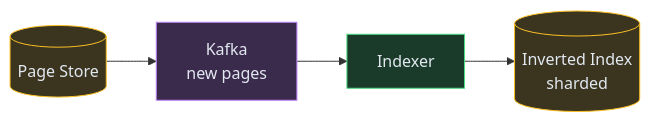
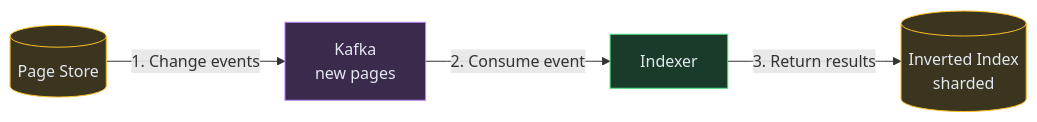
One commit to iluzn/HLD-Designs changed the third of 4 diagrams in content/hld/WebCrawler.md. Above: the diagram before and after it, drawn with Mermaid. The commit also changed other lines of this file and 27 other files, not shown here.

````diff
--- a/content/hld/WebCrawler.md
+++ b/content/hld/WebCrawler.md
@@ -121,15 +121,15 @@
 ```mermaid
 flowchart LR
     STORE[("Page Store")]:::data
     KAFKA["Kafka<br/>new pages"]:::async
     INDEXER["Indexer"]:::service
     INDEX[("Inverted Index<br/>sharded")]:::data
 
-    STORE --> KAFKA
-    KAFKA --> INDEXER
-    INDEXER --> INDEX
+    STORE -->|"1. Change events"| KAFKA
+    KAFKA -->|"2. Consume event"| INDEXER
+    INDEXER -->|"3. Return results"| INDEX
 
     classDef service fill:#1a3a2a,stroke:#4ade80,color:#e2e8f0
     classDef data fill:#3b3520,stroke:#fbbf24,color:#e2e8f0
     classDef async fill:#3a2a4c,stroke:#c084fc,color:#e2e8f0
 ```
````
